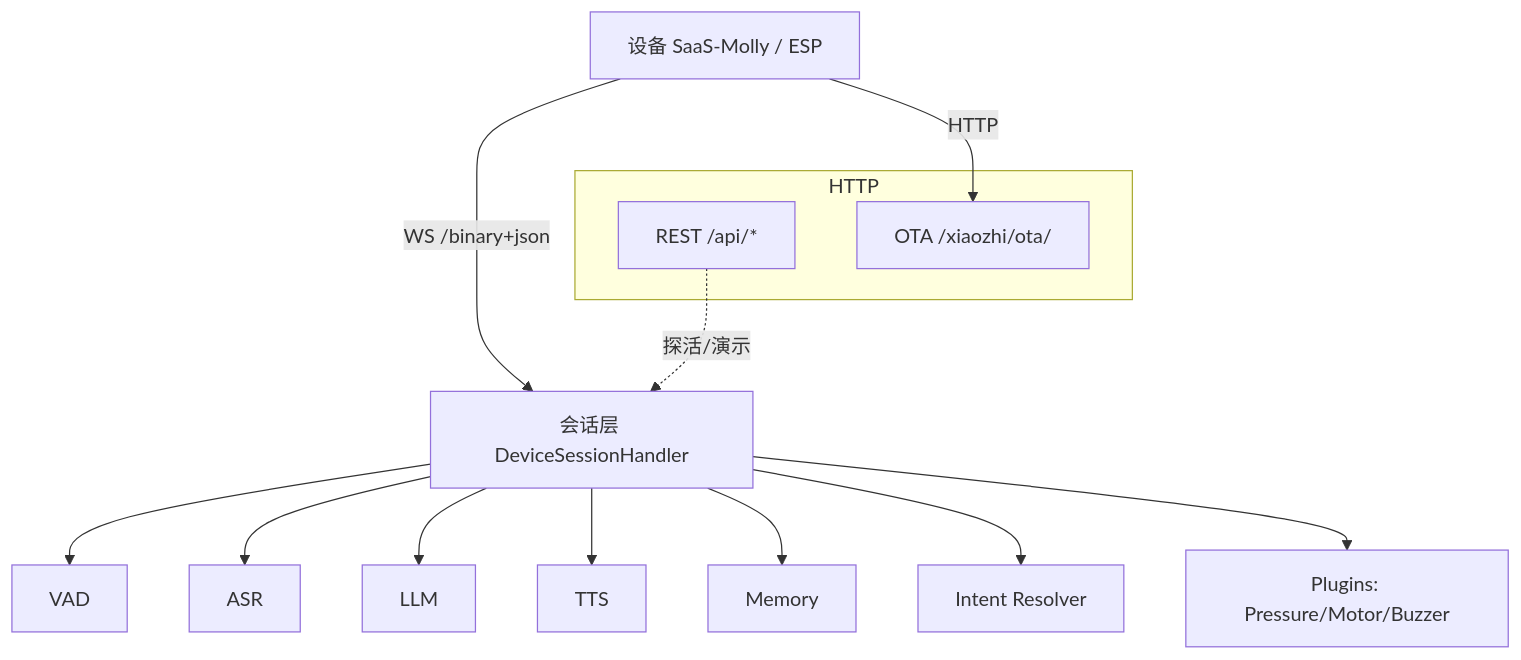
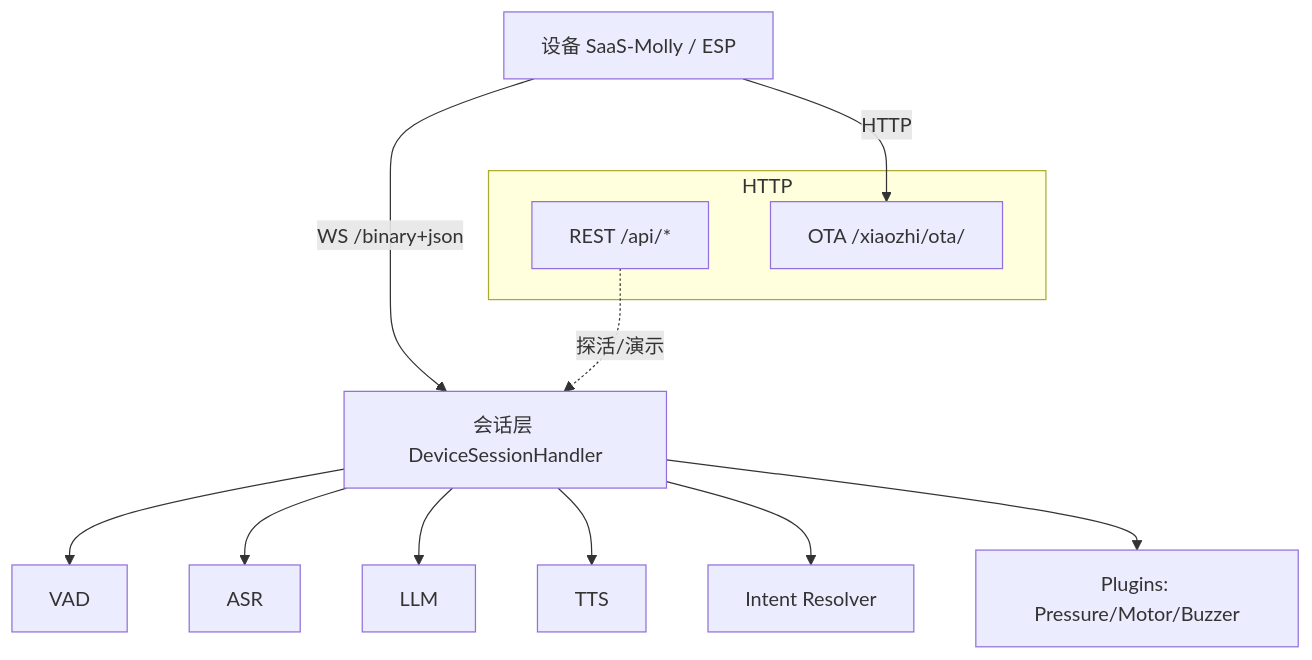
One commit to 000614/002 changed the first of 2 diagrams in README.md. Above: the diagram before and after it, drawn with Mermaid. The commit also changed other lines of this file, not shown here.

````diff
--- a/README.md
+++ b/README.md
@@ -48,19 +46,18 @@
 ```mermaid
 graph TD
     A[设备 SaaS-Molly / ESP] -- WS /binary+json--> B[会话层 DeviceSessionHandler]
     B --> V[VAD]
     B --> S[ASR]
     B --> L[LLM]
     B --> T[TTS]
-    B --> M[Memory]
     B --> I[Intent Resolver]
     B --> P[Plugins: Pressure/Motor/Buzzer]
 
     subgraph HTTP
       R[REST /api/*]
       O[OTA /xiaozhi/ota/]
     end
 
     A -- HTTP --> O
     R -. 探活/演示 .-> B
 ```
````
